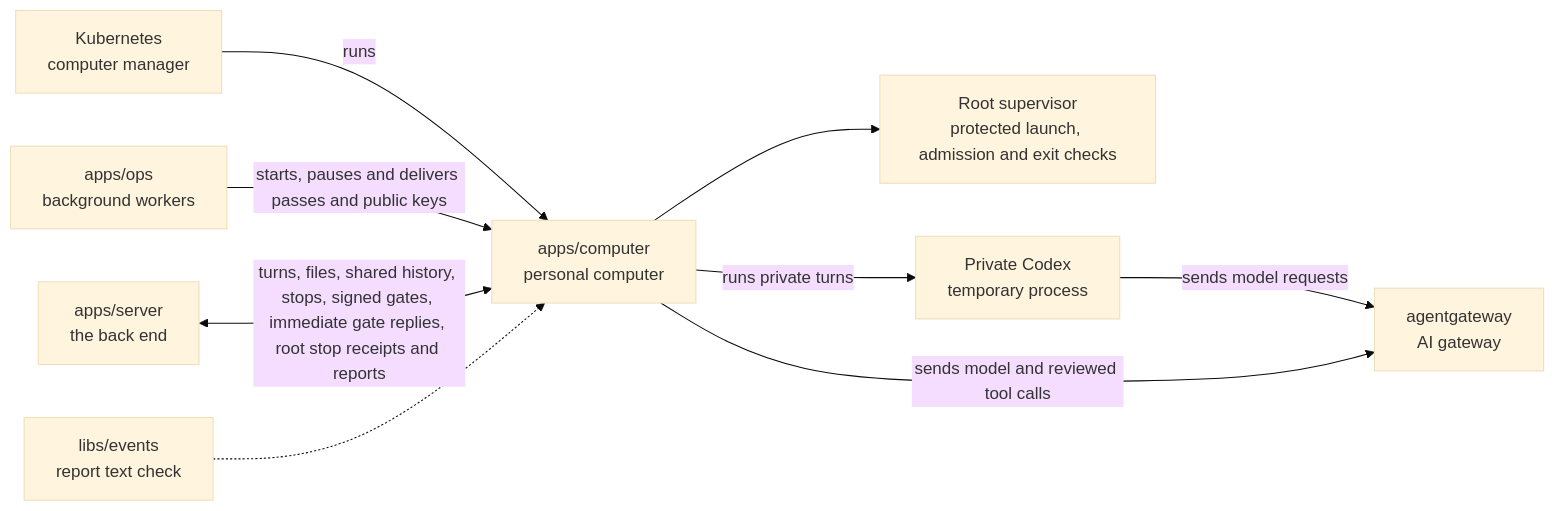
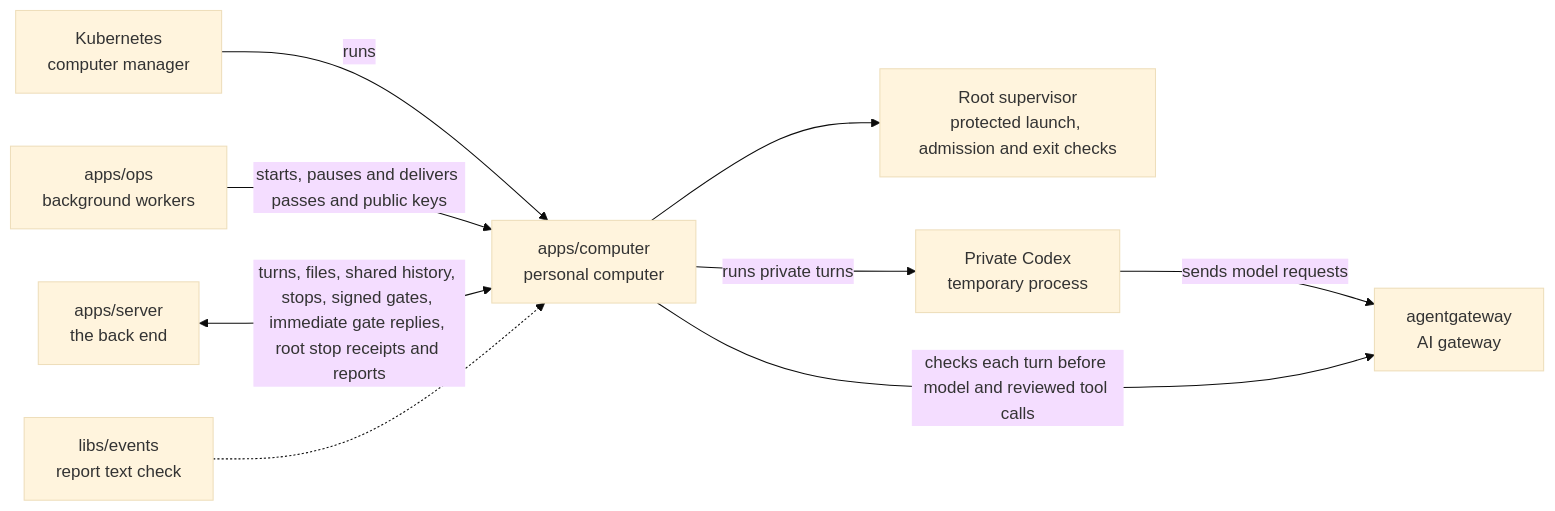
One commit to elewa-git/opencrane-new changed the diagram in apps/computer/README.md. Above: the diagram before and after it, drawn with Mermaid (base theme). The commit also changed other lines of this file and 5 other files, not shown here.

````diff
--- a/apps/computer/README.md
+++ b/apps/computer/README.md
@@ -22,11 +22,11 @@
 ```mermaid
 flowchart LR
   kube["Kubernetes<br/>computer manager"] -->|runs| computer["apps/computer<br/>personal computer"]
   ops["apps/ops<br/>background workers"] -->|starts, pauses and delivers passes and public keys| computer
   server["apps/server<br/>the back end"] <-->|turns, files, shared history, stops, signed gates, immediate gate replies, root stop receipts and reports| computer
   events["libs/events<br/>report text check"] -.-> computer
   computer --> supervisor["Root supervisor<br/>protected launch, admission and exit checks"]
   computer -->|runs private turns| private["Private Codex<br/>temporary process"]
   private -->|sends model requests| gateway
-  computer -->|sends model and reviewed tool calls| gateway["agentgateway<br/>AI gateway"]
+  computer -->|checks each turn before model and reviewed tool calls| gateway["agentgateway<br/>AI gateway"]
 ```
````
